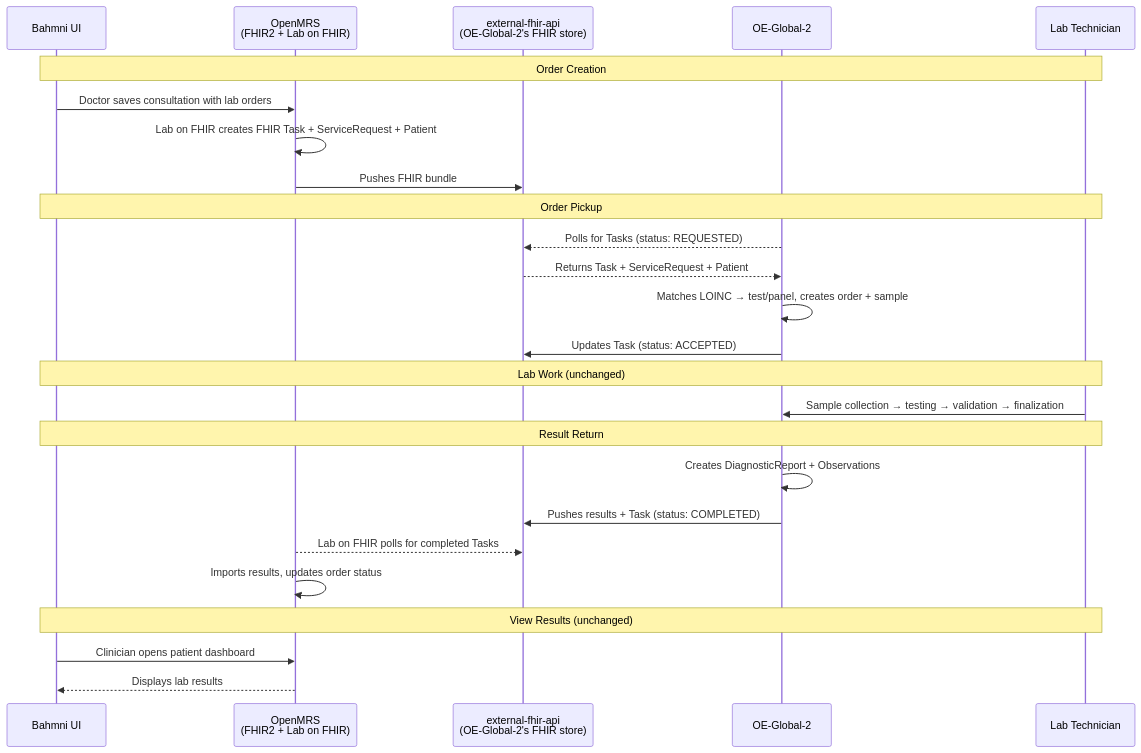
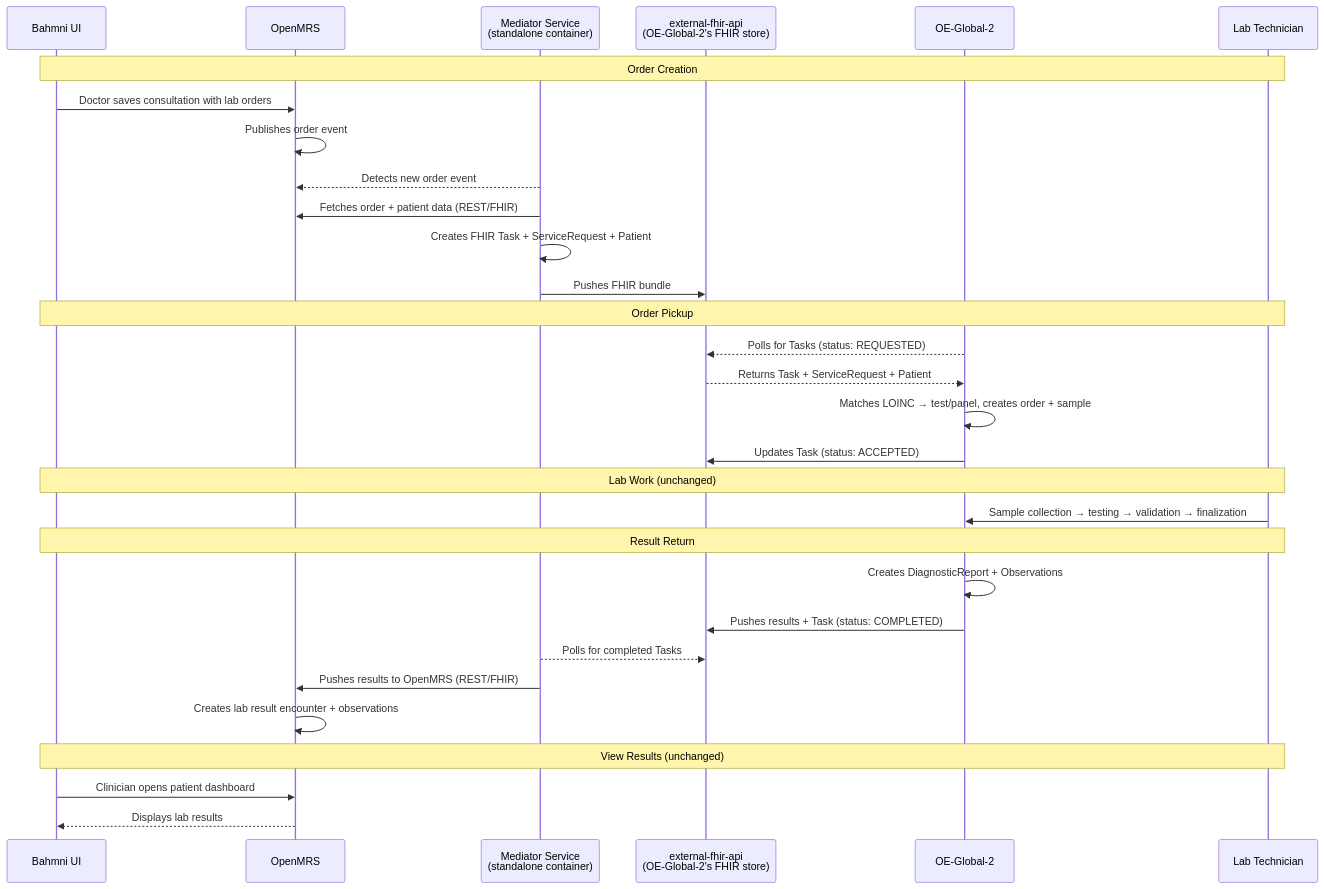
One commit to Bahmni/OpenElis changed the diagram in docs/proposed-flow-detail.md. Above: the diagram before and after it, drawn with Mermaid. The commit also changed other lines of this file and 5 other files, not shown here.

````diff
--- a/docs/proposed-flow-detail.md
+++ b/docs/proposed-flow-detail.md
@@ -13,32 +11,37 @@
 ```mermaid
 sequenceDiagram
     participant UI as Bahmni UI
-    participant MRS as OpenMRS<br/>(FHIR2 + Lab on FHIR)
+    participant MRS as OpenMRS
+    participant MED as Mediator Service<br/>(standalone container)
     participant FHIR as external-fhir-api<br/>(OE-Global-2's FHIR store)
     participant OEG as OE-Global-2
     participant LAB as Lab Technician
 
     Note over UI,LAB: Order Creation
     UI->>MRS: Doctor saves consultation with lab orders
-    MRS->>MRS: Lab on FHIR creates FHIR Task + ServiceRequest + Patient
-    MRS->>FHIR: Pushes FHIR bundle
+    MRS->>MRS: Publishes order event
+    MED-->>MRS: Detects new order event
+    MED->>MRS: Fetches order + patient data (REST/FHIR)
+    MED->>MED: Creates FHIR Task + ServiceRequest + Patient
+    MED->>FHIR: Pushes FHIR bundle
 
     Note over UI,LAB: Order Pickup
     OEG-->>FHIR: Polls for Tasks (status: REQUESTED)
     FHIR-->>OEG: Returns Task + ServiceRequest + Patient
     OEG->>OEG: Matches LOINC → test/panel, creates order + sample
     OEG->>FHIR: Updates Task (status: ACCEPTED)
 
     Note over UI,LAB: Lab Work (unchanged)
     LAB->>OEG: Sample collection → testing → validation → finalization
 
     Note over UI,LAB: Result Return
     OEG->>OEG: Creates DiagnosticReport + Observations
     OEG->>FHIR: Pushes results + Task (status: COMPLETED)
-    MRS-->>FHIR: Lab on FHIR polls for completed Tasks
-    MRS->>MRS: Imports results, updates order status
+    MED-->>FHIR: Polls for completed Tasks
+    MED->>MRS: Pushes results to OpenMRS (REST/FHIR)
+    MRS->>MRS: Creates lab result encounter + observations
 
     Note over UI,LAB: View Results (unchanged)
     UI->>MRS: Clinician opens patient dashboard
     MRS-->>UI: Displays lab results
 ```
````
